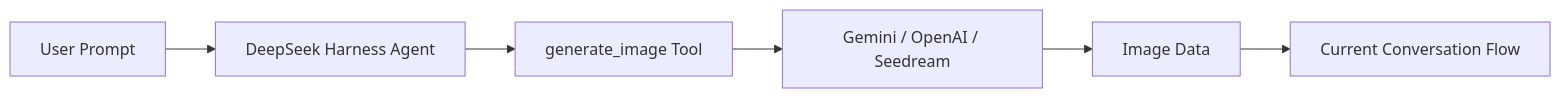
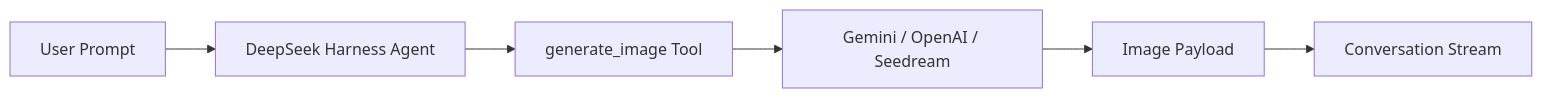
The diagram in README.en.md (LiuRJ99/dsh-image-gen), drawn with Mermaid before and after one commit. The commit also changed other lines of this file and 2 other files, not shown here.

Commit message:
docs: improve hero copyability, fix image path, reorder capabilities and cleanup tables

````diff
--- a/README.en.md
+++ b/README.en.md
@@ -47,8 +52,8 @@
 ```mermaid
 graph LR
     A[User Prompt] --> B[DeepSeek Harness Agent]
     B --> C[generate_image Tool]
     C --> D[Gemini / OpenAI / Seedream]
-    D --> E[Image Data]
-    E --> F[Current Conversation Flow]
+    D --> E[Image Payload]
+    E --> F[Conversation Stream]
 ```
````
